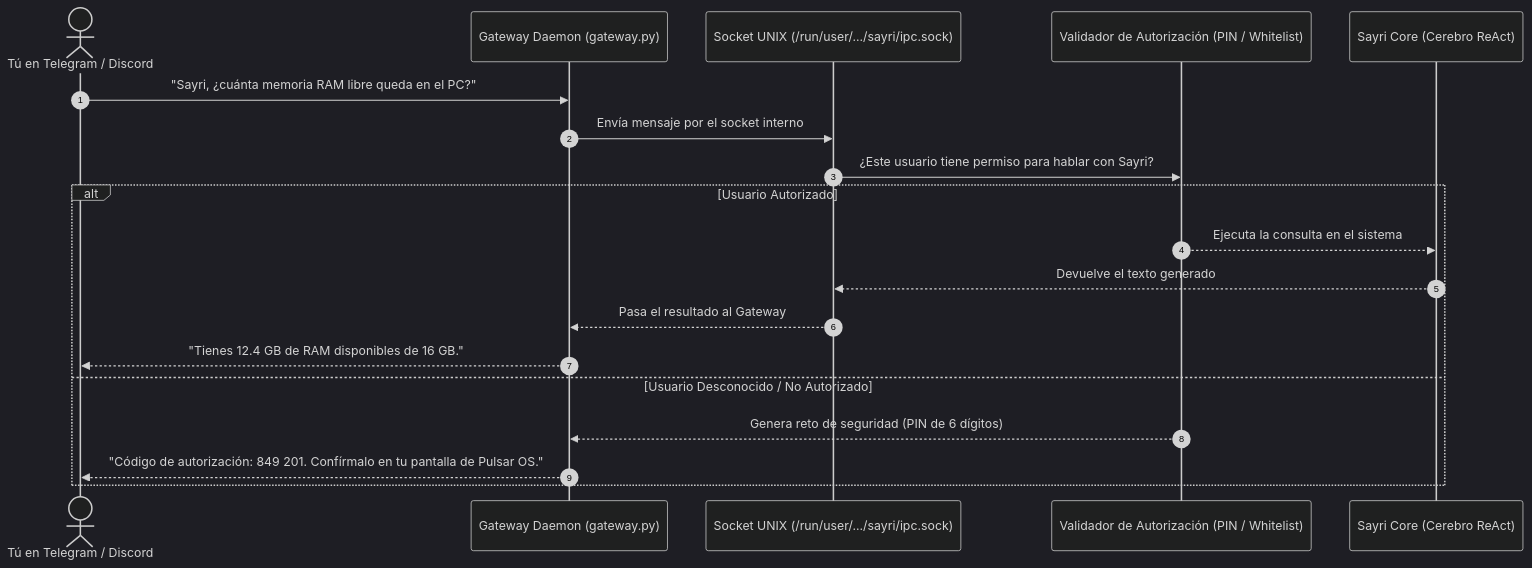
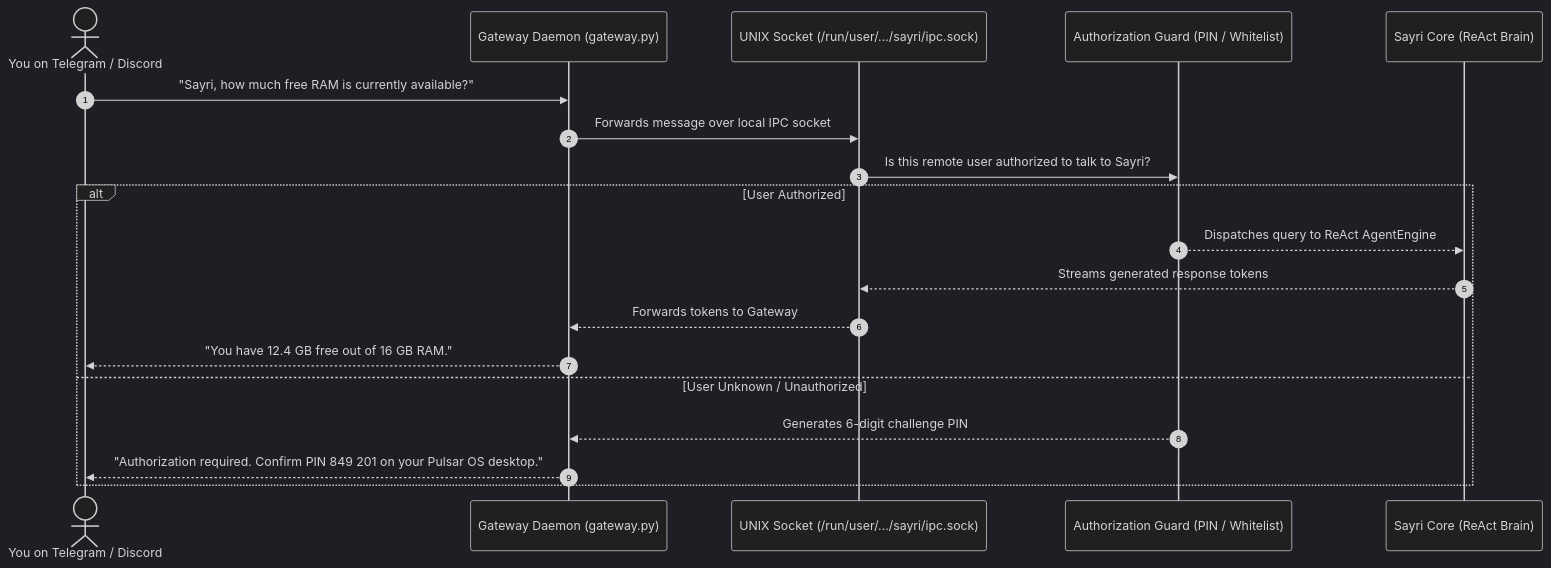
Before and after one commit to Inled-Pulsar-OS/os.inled.es: the diagram in src/data/help/architecture/gateways_spec.md, drawn with Mermaid (dark theme). The commit also changed other lines of this file and 1 other file, not shown here.

Commit message:
docs: full professional English translation of Sayri, Skills, Gateways, and Architecture guides

````diff
--- a/src/data/help/architecture/gateways_spec.md
+++ b/src/data/help/architecture/gateways_spec.md
@@ -17,23 +17,23 @@
 ```mermaid
 sequenceDiagram
     autonumber
-    actor User as Tú en Telegram / Discord
+    actor User as You on Telegram / Discord
     participant GW as Gateway Daemon (gateway.py)
-    participant Socket as Socket UNIX (/run/user/.../sayri/ipc.sock)
-    participant Auth as Validador de Autorización (PIN / Whitelist)
-    participant Core as Sayri Core (Cerebro ReAct)
+    participant Socket as UNIX Socket (/run/user/.../sayri/ipc.sock)
+    participant Auth as Authorization Guard (PIN / Whitelist)
+    participant Core as Sayri Core (ReAct Brain)
 
-    User->>GW: "Sayri, ¿cuánta memoria RAM libre queda en el PC?"
-    GW->>Socket: Envía mensaje por el socket interno
-    Socket->>Auth: ¿Este usuario tiene permiso para hablar con Sayri?
+    User->>GW: "Sayri, how much free RAM is currently available?"
+    GW->>Socket: Forwards message over local IPC socket
+    Socket->>Auth: Is this remote user authorized to talk to Sayri?
     
-    alt Usuario Autorizado
-        Auth-->>Core: Ejecuta la consulta en el sistema
-        Core-->>Socket: Devuelve el texto generado
-        Socket-->>GW: Pasa el resultado al Gateway
-        GW-->>User: "Tienes 12.4 GB de RAM disponibles de 16 GB."
-    else Usuario Desconocido / No Autorizado
-        Auth-->>GW: Genera reto de seguridad (PIN de 6 dígitos)
-        GW-->>User: "Código de autorización: 849 201. Confírmalo en tu pantalla de Pulsar OS."
+    alt User Authorized
+        Auth-->>Core: Dispatches query to ReAct AgentEngine
+        Core-->>Socket: Streams generated response tokens
+        Socket-->>GW: Forwards tokens to Gateway
+        GW-->>User: "You have 12.4 GB free out of 16 GB RAM."
+    else User Unknown / Unauthorized
+        Auth-->>GW: Generates 6-digit challenge PIN
+        GW-->>User: "Authorization required. Confirm PIN 849 201 on your Pulsar OS desktop."
     end
 ```
````
